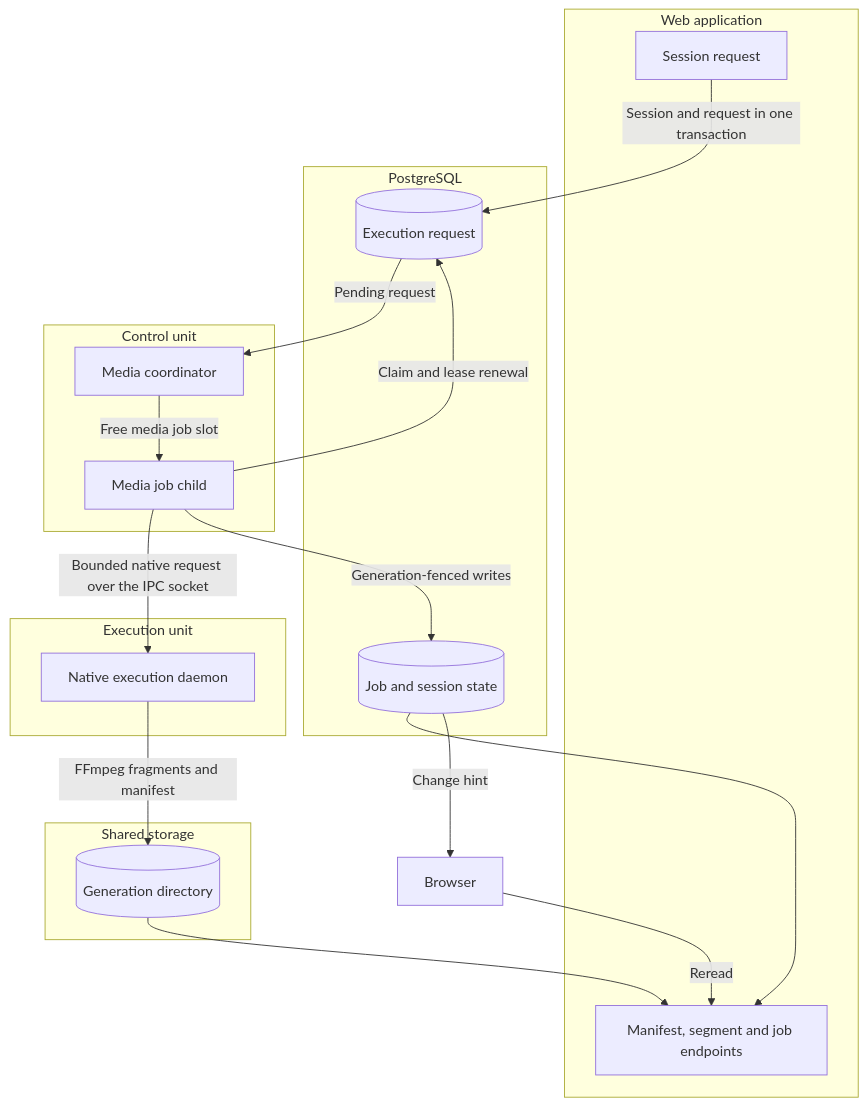
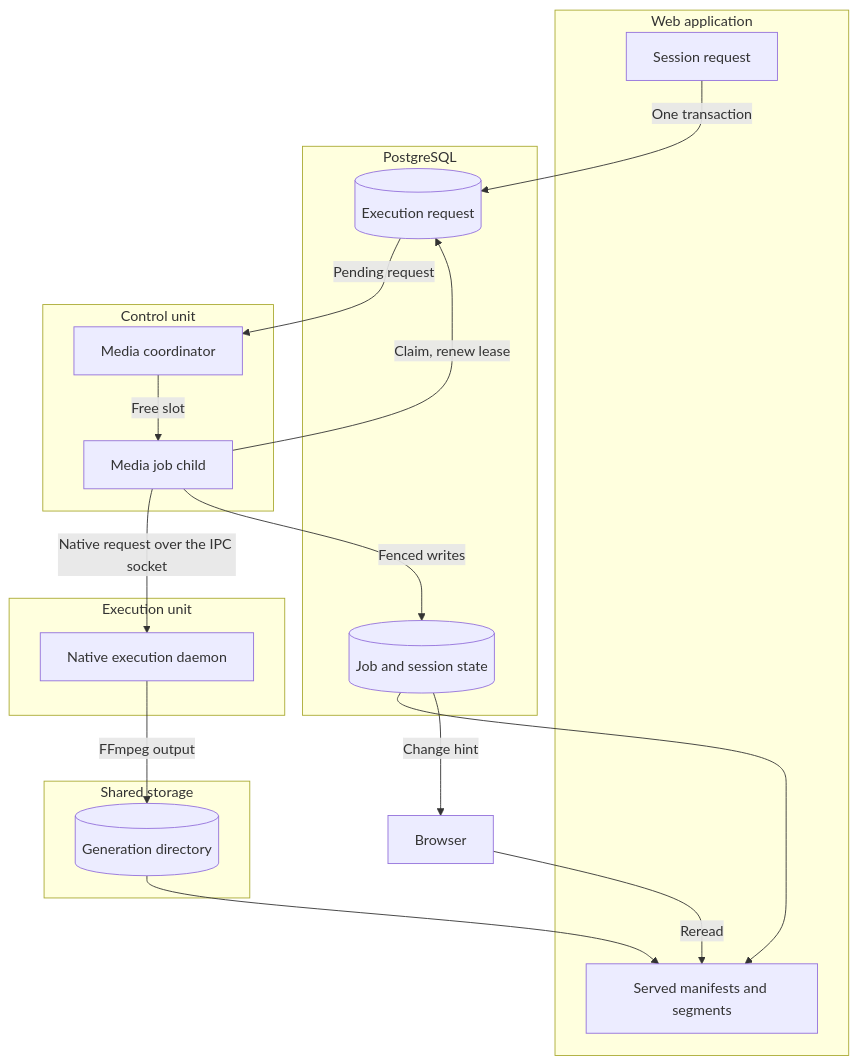
The diagram in docs-book/part-2-developer-guide/contexts/transcode.md (baander-app/baander), drawn with Mermaid before and after one commit. The commit also changed 4 other files, not shown here.

First line of the commit message:
docs: fit the overview diagrams inside the manual column

````diff
--- a/docs-book/part-2-developer-guide/contexts/transcode.md
+++ b/docs-book/part-2-developer-guide/contexts/transcode.md
@@ -9,32 +9,32 @@
 ```mermaid
 flowchart TD
     accTitle: From a session request to served segments
     accDescr: The web request commits the transcode session and its execution request in PostgreSQL. The control unit claims the request when a media job slot is free and sends bounded native requests to the execution unit over the private IPC socket. FFmpeg writes the generation directory on shared storage, the child persists job state with fenced writes, the web application serves the published files and the browser rereads after a change hint.
     subgraph web[Web application]
         request[Session request]
-        delivery["Manifest, segment and job endpoints"]
+        delivery[Served manifests and segments]
     end
     subgraph pg[PostgreSQL]
         runtime[(Execution request)]
         jobs[(Job and session state)]
     end
     subgraph control[Control unit]
-        coordinator[Media coordinator] -->|Free media job slot| child[Media job child]
+        coordinator[Media coordinator] -->|Free slot| child[Media job child]
     end
     subgraph execution[Execution unit]
         daemon[Native execution daemon]
     end
     subgraph storage[Shared storage]
         generation[(Generation directory)]
     end
-    request -->|Session and request in one transaction| runtime
+    request -->|One transaction| runtime
     runtime -->|Pending request| coordinator
-    child -->|Claim and lease renewal| runtime
-    child -->|Bounded native request over the IPC socket| daemon
-    daemon -->|FFmpeg fragments and manifest| generation
-    child -->|Generation-fenced writes| jobs
+    child -->|Claim, renew lease| runtime
+    child -->|Native request over the IPC socket| daemon
+    daemon -->|FFmpeg output| generation
+    child -->|Fenced writes| jobs
     generation --> delivery
     jobs --> delivery
     jobs -->|Change hint| browser[Browser]
     browser -->|Reread| delivery
 ```
````
